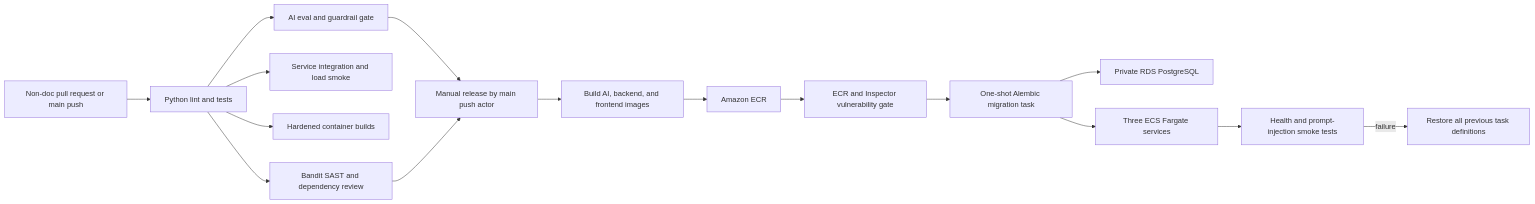
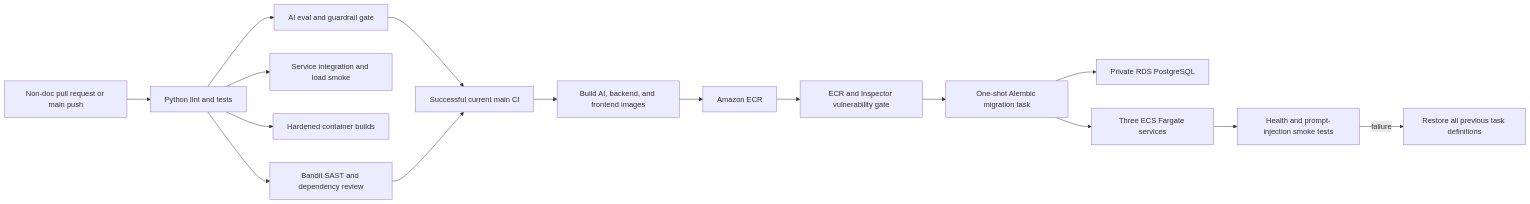
One commit to Seanleng99/nus-iss-ais-team9 changed the diagram in docs/cicd-pipeline.md. Above: the diagram before and after it, drawn with Mermaid. The commit also changed other lines of this file and 5 other files, not shown here.

Commit message:
Automate AWS release after successful CI

````diff
--- a/docs/cicd-pipeline.md
+++ b/docs/cicd-pipeline.md
@@ -5,18 +5,18 @@
 ```mermaid
 flowchart LR
   CHANGE["Non-doc pull request or main push"] --> CI["Python lint and tests"]
   CI --> EVAL["AI eval and guardrail gate"]
   CI --> INTEGRATION["Service integration and load smoke"]
   CI --> CONTAINERS["Hardened container builds"]
   CI --> SAST["Bandit SAST and dependency review"]
-  EVAL --> APPROVAL["Manual release by main push actor"]
-  SAST --> APPROVAL
-  APPROVAL --> BUILD["Build AI, backend, and frontend images"]
+  EVAL --> AUTO["Successful current main CI"]
+  SAST --> AUTO
+  AUTO --> BUILD["Build AI, backend, and frontend images"]
   BUILD --> ECR["Amazon ECR"]
   ECR --> SCAN["ECR and Inspector vulnerability gate"]
   SCAN --> MIGRATE["One-shot Alembic migration task"]
   MIGRATE --> RDS["Private RDS PostgreSQL"]
   MIGRATE --> ECS["Three ECS Fargate services"]
   ECS --> SMOKE["Health and prompt-injection smoke tests"]
   SMOKE -->|failure| ROLLBACK["Restore all previous task definitions"]
 ```
````
